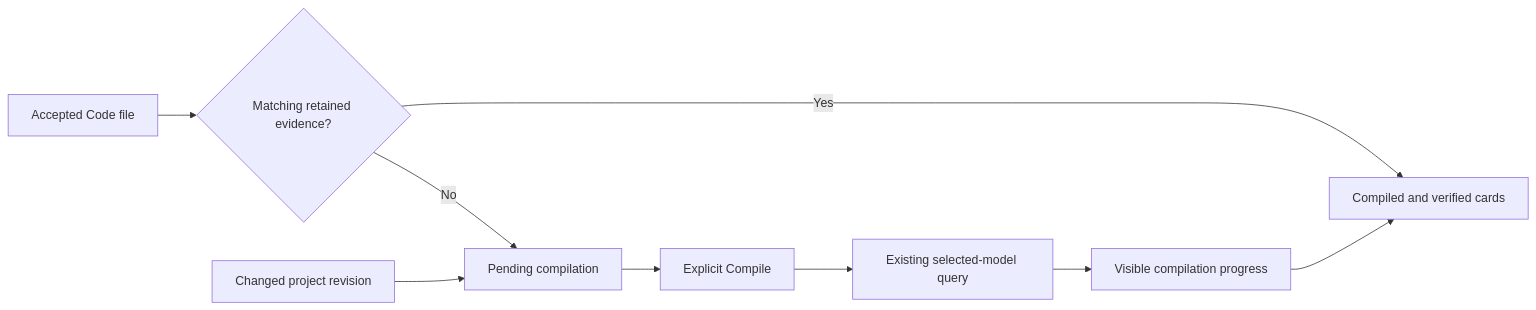
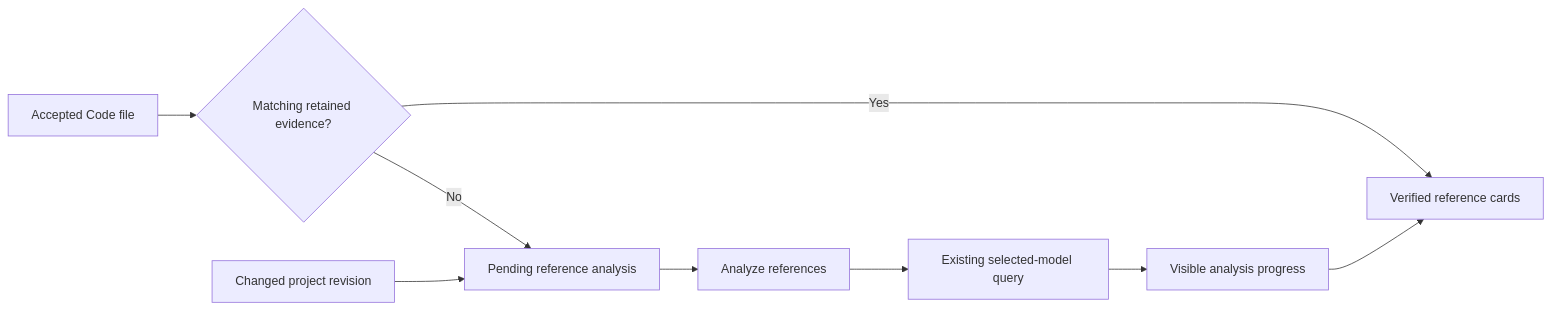
Before and after one commit to dunay2/dvt: the third of 7 diagrams in docs/architecture/components/web/code-workbench-workspace-files-component.md, drawn with Mermaid. The commit also changed other lines of this file and 49 other files, not shown here.

````diff
--- a/docs/architecture/components/web/code-workbench-workspace-files-component.md
+++ b/docs/architecture/components/web/code-workbench-workspace-files-component.md
@@ -213,11 +221,11 @@
 ```mermaid
 flowchart LR
   Open[Accepted Code file] --> Evidence{Matching retained evidence?}
-  Evidence -->|Yes| Compiled[Compiled and verified cards]
-  Evidence -->|No| Pending[Pending compilation]
-  Pending --> Action[Explicit Compile]
+  Evidence -->|Yes| Compiled[Verified reference cards]
+  Evidence -->|No| Pending[Pending reference analysis]
+  Pending --> Action[Analyze references]
   Action --> Query[Existing selected-model query]
-  Query --> Busy[Visible compilation progress]
+  Query --> Busy[Visible analysis progress]
   Busy --> Compiled
   Revision[Changed project revision] --> Pending
 ```
````
